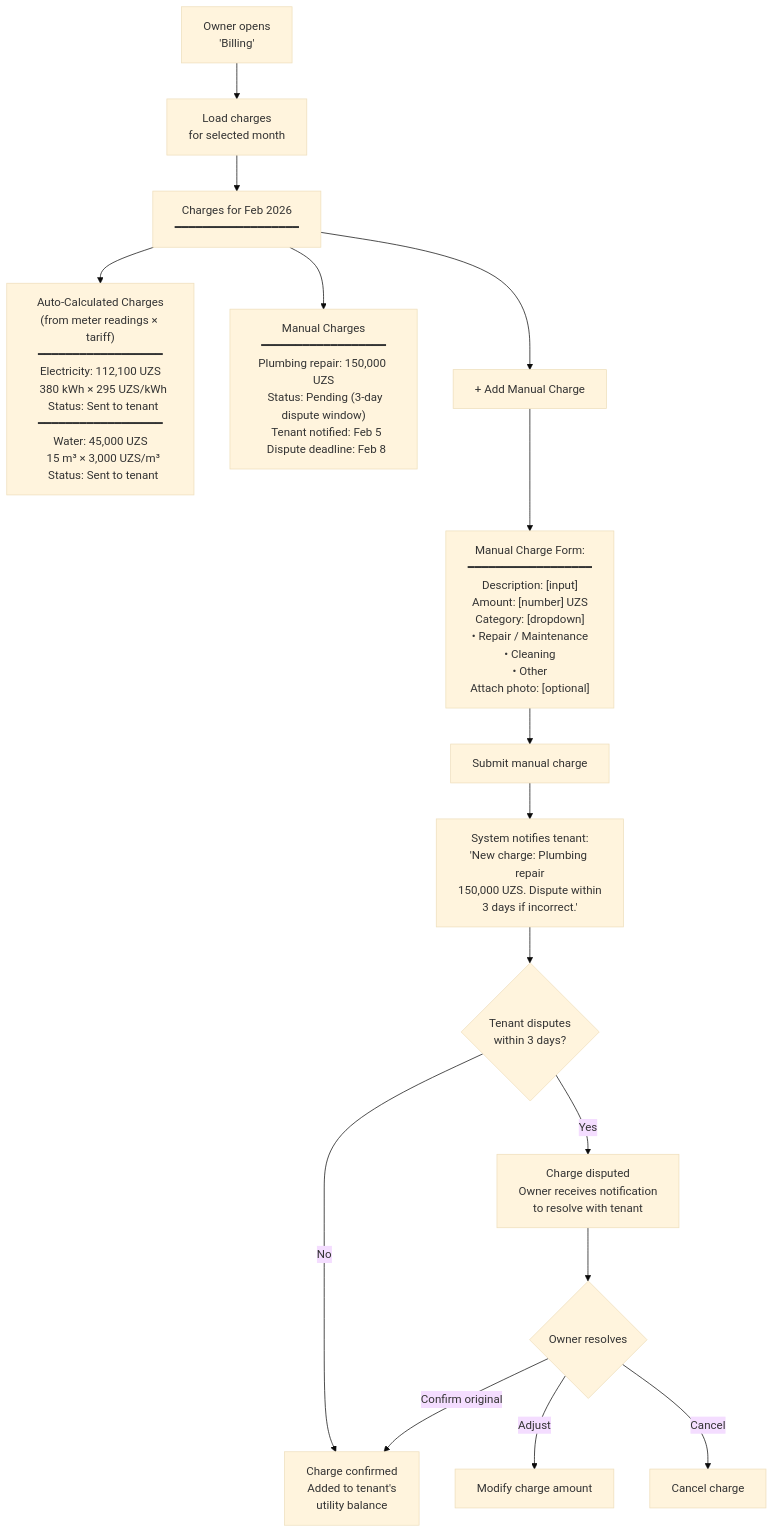
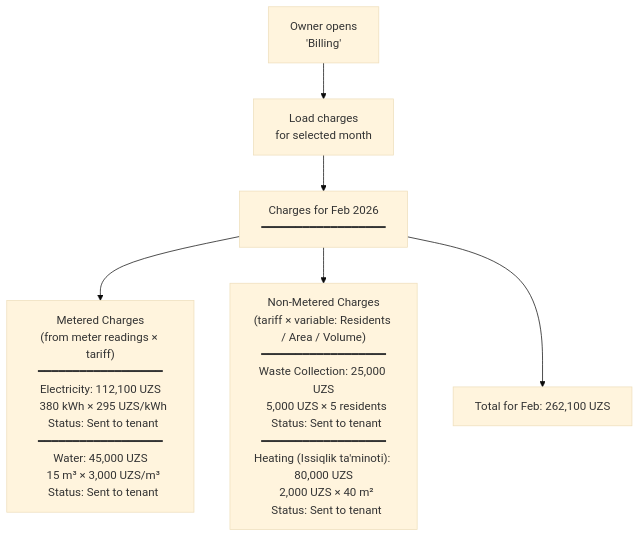
The seventh of 10 diagrams in Utilities - Business Owner.md (saodatm-dev/Utilities---Informational-Architecture), drawn with Mermaid (base theme) before and after one commit. The commit also changed other lines of this file and 2 other files, not shown here.

Commit message:
refactor: streamline owner bill payment to single selection and clarify meter reading submission flow.

````diff
--- a/Utilities - Business Owner.md
+++ b/Utilities - Business Owner.md
@@ -217,27 +215,12 @@
 ```mermaid
 flowchart TD
     BILLING["Owner opens<br/>'Billing'"] --> LOAD["Load charges<br/>for selected month"]
 
     LOAD --> VIEW["Charges for Feb 2026<br/>━━━━━━━━━━━━━━━━━━"]
 
-    VIEW --> AUTO_SECTION["Auto-Calculated Charges<br/>(from meter readings × tariff)<br/>━━━━━━━━━━━━━━━━━━<br/>Electricity: 112,100 UZS<br/>  380 kWh × 295 UZS/kWh<br/>  Status: Sent to tenant<br/>━━━━━━━━━━━━━━━━━━<br/>Water: 45,000 UZS<br/>  15 m³ × 3,000 UZS/m³<br/>  Status: Sent to tenant"]
+    VIEW --> METERED["Metered Charges<br/>(from meter readings × tariff)<br/>━━━━━━━━━━━━━━━━━━<br/>Electricity: 112,100 UZS<br/>  380 kWh × 295 UZS/kWh<br/>  Status: Sent to tenant<br/>━━━━━━━━━━━━━━━━━━<br/>Water: 45,000 UZS<br/>  15 m³ × 3,000 UZS/m³<br/>  Status: Sent to tenant"]
 
-    VIEW --> MANUAL_SECTION["Manual Charges<br/>━━━━━━━━━━━━━━━━━━<br/>Plumbing repair: 150,000 UZS<br/>  Status: Pending (3-day dispute window)<br/>  Tenant notified: Feb 5<br/>  Dispute deadline: Feb 8"]
+    VIEW --> NON_METERED["Non-Metered Charges<br/>(tariff × variable: Residents / Area / Volume)<br/>━━━━━━━━━━━━━━━━━━<br/>Waste Collection: 25,000 UZS<br/>  5,000 UZS × 5 residents<br/>  Status: Sent to tenant<br/>━━━━━━━━━━━━━━━━━━<br/>Heating (Issiqlik ta'minoti): 80,000 UZS<br/>  2,000 UZS × 40 m²<br/>  Status: Sent to tenant"]
 
-    VIEW --> ADD_CHARGE["+ Add Manual Charge"]
-
-    ADD_CHARGE --> CHARGE_FORM["Manual Charge Form:<br/>━━━━━━━━━━━━━━━━━━<br/>Description: [input]<br/>Amount: [number] UZS<br/>Category: [dropdown]<br/>  • Repair / Maintenance<br/>  • Cleaning<br/>  • Other<br/>Attach photo: [optional]"]
-
-    CHARGE_FORM --> SUBMIT_CHARGE["Submit manual charge"]
-
-    SUBMIT_CHARGE --> NOTIFY_TENANT["System notifies tenant:<br/>'New charge: Plumbing repair<br/>150,000 UZS. Dispute within<br/>3 days if incorrect.'"]
-
-    NOTIFY_TENANT --> DISPUTE_CHECK{"Tenant disputes<br/>within 3 days?"}
-
-    DISPUTE_CHECK -->|"No"| CONFIRMED["Charge confirmed<br/>Added to tenant's<br/>utility balance"]
-    DISPUTE_CHECK -->|"Yes"| DISPUTED["Charge disputed<br/>Owner receives notification<br/>to resolve with tenant"]
-    DISPUTED --> RESOLVE{"Owner resolves"}
-    RESOLVE -->|"Adjust"| ADJUST["Modify charge amount"]
-    RESOLVE -->|"Cancel"| CANCEL["Cancel charge"]
-    RESOLVE -->|"Confirm original"| CONFIRMED
+    VIEW --> TOTAL["Total for Feb: 262,100 UZS"]
 ```
````
